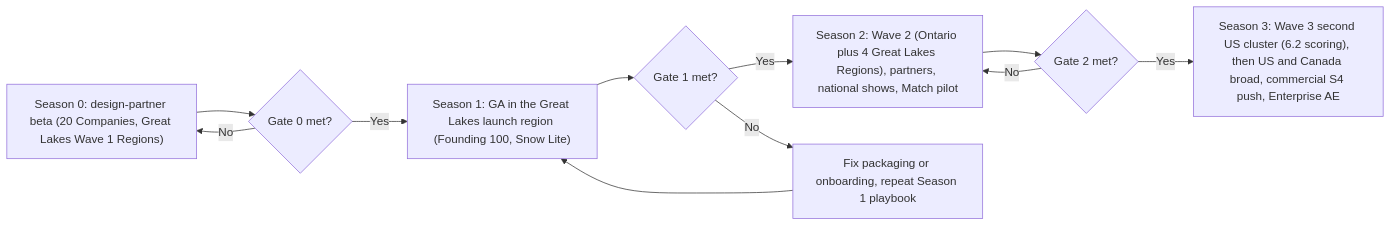
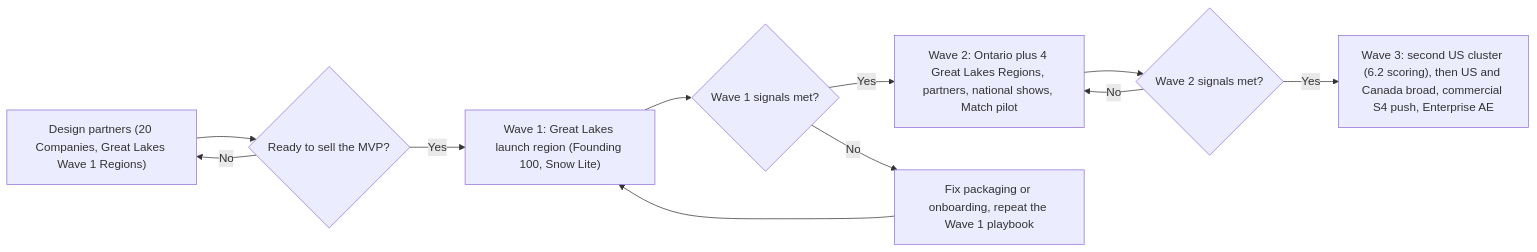
The second of 11 diagrams in docs/22-business-model-pricing-gtm.md (jdinard/landscape), drawn with Mermaid before and after one commit. The commit also changed other lines of this file and 22 other files, not shown here.

First line of the commit message:
Remove delivery timelines and staffing estimates from design studio, AI, plant KB, operations and service-line docs

````diff
--- a/docs/22-business-model-pricing-gtm.md
+++ b/docs/22-business-model-pricing-gtm.md
@@ -925,13 +926,13 @@
 ```mermaid
 flowchart LR
-  S0["Season 0: design-partner beta (20 Companies, Great Lakes Wave 1 Regions)"] --> G0{"Gate 0 met?"}
-  G0 -- "Yes" --> S1["Season 1: GA in the Great Lakes launch region (Founding 100, Snow Lite)"]
-  G0 -- "No" --> S0
-  S1 --> G1{"Gate 1 met?"}
-  G1 -- "Yes" --> S2["Season 2: Wave 2 (Ontario plus 4 Great Lakes Regions), partners, national shows, Match pilot"]
-  G1 -- "No" --> FIX["Fix packaging or onboarding, repeat Season 1 playbook"]
-  FIX --> S1
-  S2 --> G2{"Gate 2 met?"}
-  G2 -- "Yes" --> S3["Season 3: Wave 3 second US cluster (6.2 scoring), then US and Canada broad, commercial S4 push, Enterprise AE"]
-  G2 -- "No" --> S2
+  DP["Design partners (20 Companies, Great Lakes Wave 1 Regions)"] --> R0{"Ready to sell the MVP?"}
+  R0 -- "Yes" --> W1["Wave 1: Great Lakes launch region (Founding 100, Snow Lite)"]
+  R0 -- "No" --> DP
+  W1 --> R1{"Wave 1 signals met?"}
+  R1 -- "Yes" --> W2["Wave 2: Ontario plus 4 Great Lakes Regions, partners, national shows, Match pilot"]
+  R1 -- "No" --> FIX["Fix packaging or onboarding, repeat the Wave 1 playbook"]
+  FIX --> W1
+  W2 --> R2{"Wave 2 signals met?"}
+  R2 -- "Yes" --> W3["Wave 3: second US cluster (6.2 scoring), then US and Canada broad, commercial S4 push, Enterprise AE"]
+  R2 -- "No" --> W2
 ```
````
